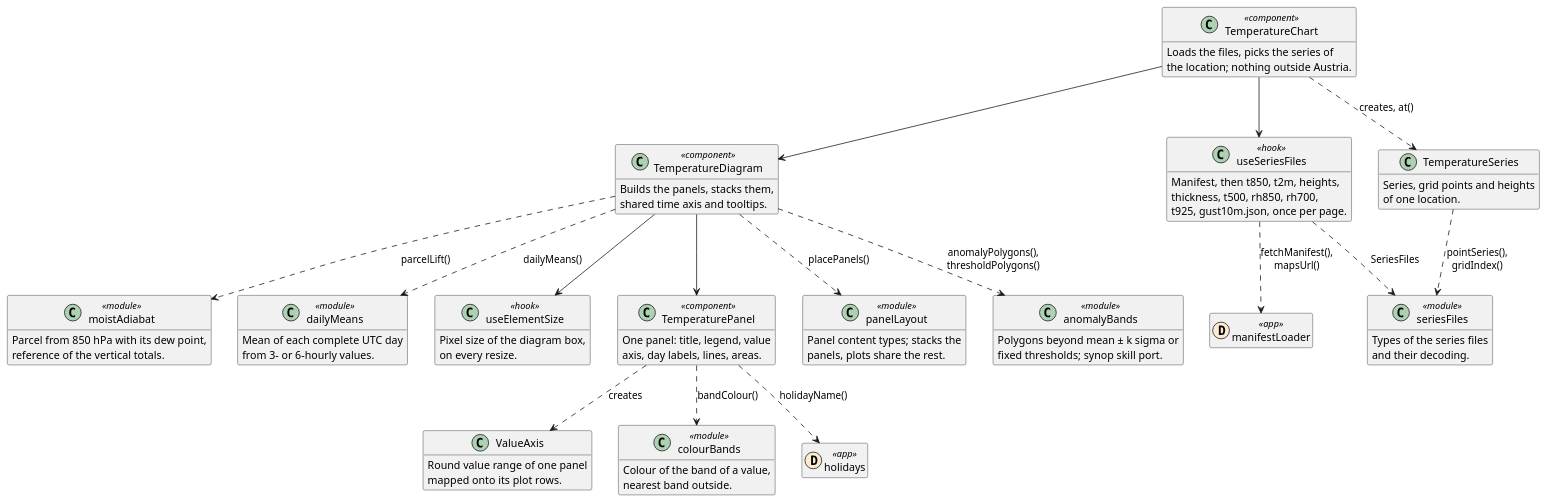
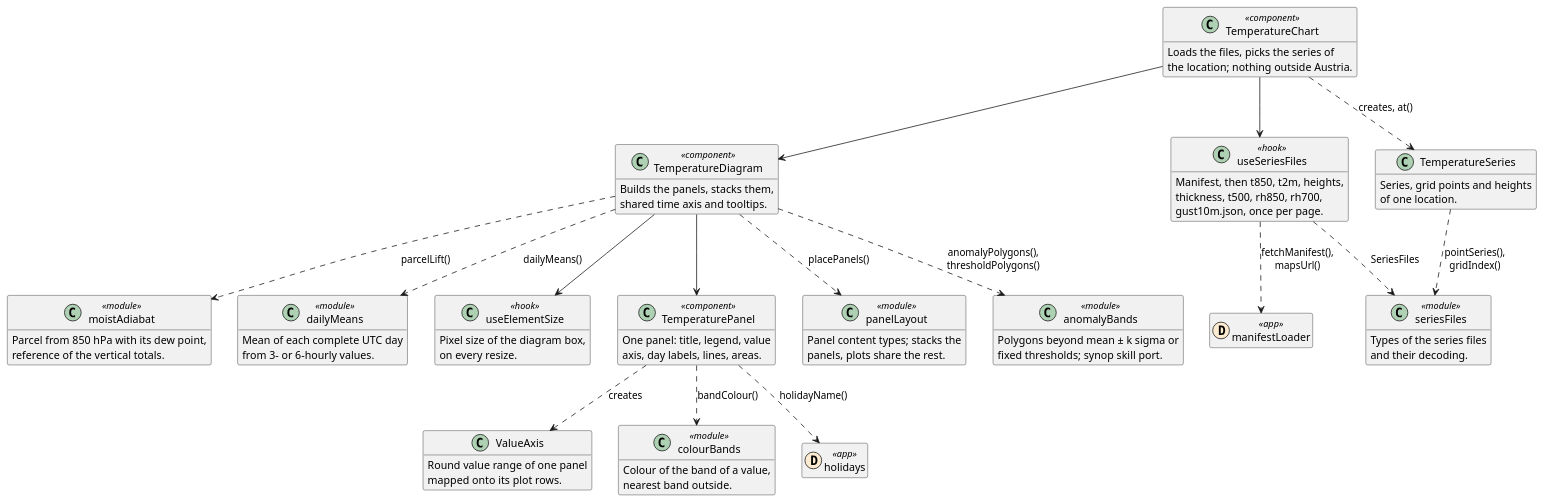
Before and after one commit to schletz/wetterkartenviewer: the second of 2 diagrams in REFERENCE.webapp.md, drawn with PlantUML. The commit also changed other lines of this file and 11 other files, not shown here.

First line of the commit message:
Remove T925 from the temperature diagram, fix ValueAxis fallback

````diff
--- a/REFERENCE.webapp.md
+++ b/REFERENCE.webapp.md
@@ -168,75 +168,75 @@
 ```plantuml
 @startuml temperature
 hide empty members
 class TemperatureChart <<component>> {
  Loads the files, picks the series of
  the location; nothing outside Austria.
 }
 class TemperatureDiagram <<component>> {
  Builds the panels, stacks them,
  shared time axis and tooltips.
 }
 class TemperaturePanel <<component>> {
  One panel: title, legend, value
  axis, day labels, lines, areas.
 }
 class useSeriesFiles <<hook>> {
  Manifest, then t850, t2m, heights,
  thickness, t500, rh850, rh700,
- t925, gust10m.json, once per page.
+ gust10m.json, once per page.
 }
 class TemperatureSeries {
  Series, grid points and heights
  of one location.
 }
 class panelLayout <<module>> {
  Panel content types; stacks the
  panels, plots share the rest.
 }
 class ValueAxis {
  Round value range of one panel
  mapped onto its plot rows.
 }
 class anomalyBands <<module>> {
  Polygons beyond mean ± k sigma or
  fixed thresholds; synop skill port.
 }
 class moistAdiabat <<module>> {
  Parcel from 850 hPa with its dew point,
  reference of the vertical totals.
 }
 class dailyMeans <<module>> {
  Mean of each complete UTC day
  from 3- or 6-hourly values.
 }
 class colourBands <<module>> {
  Colour of the band of a value,
  nearest band outside.
 }
 class seriesFiles <<module>> {
  Types of the series files
  and their decoding.
 }
 class useElementSize <<hook>> {
  Pixel size of the diagram box,
  on every resize.
 }
 class manifestLoader << (D,#fdebd1) app >>
 class holidays << (D,#fdebd1) app >>
 TemperatureChart --> useSeriesFiles
 TemperatureChart ..> TemperatureSeries : creates, at()
 TemperatureChart --> TemperatureDiagram
 useSeriesFiles ..> manifestLoader : fetchManifest(),\nmapsUrl()
 useSeriesFiles ..> seriesFiles : SeriesFiles
 TemperatureSeries ..> seriesFiles : pointSeries(),\ngridIndex()
 TemperatureDiagram ..> panelLayout : placePanels()
 TemperatureDiagram ..> anomalyBands : anomalyPolygons(),\nthresholdPolygons()
 TemperatureDiagram ..> moistAdiabat : parcelLift()
 TemperatureDiagram ..> dailyMeans : dailyMeans()
 TemperatureDiagram --> TemperaturePanel
 TemperatureDiagram --> useElementSize
 TemperaturePanel ..> ValueAxis : creates
 TemperaturePanel ..> holidays : holidayName()
 TemperaturePanel ..> colourBands : bandColour()
 @enduml
 ```
````
